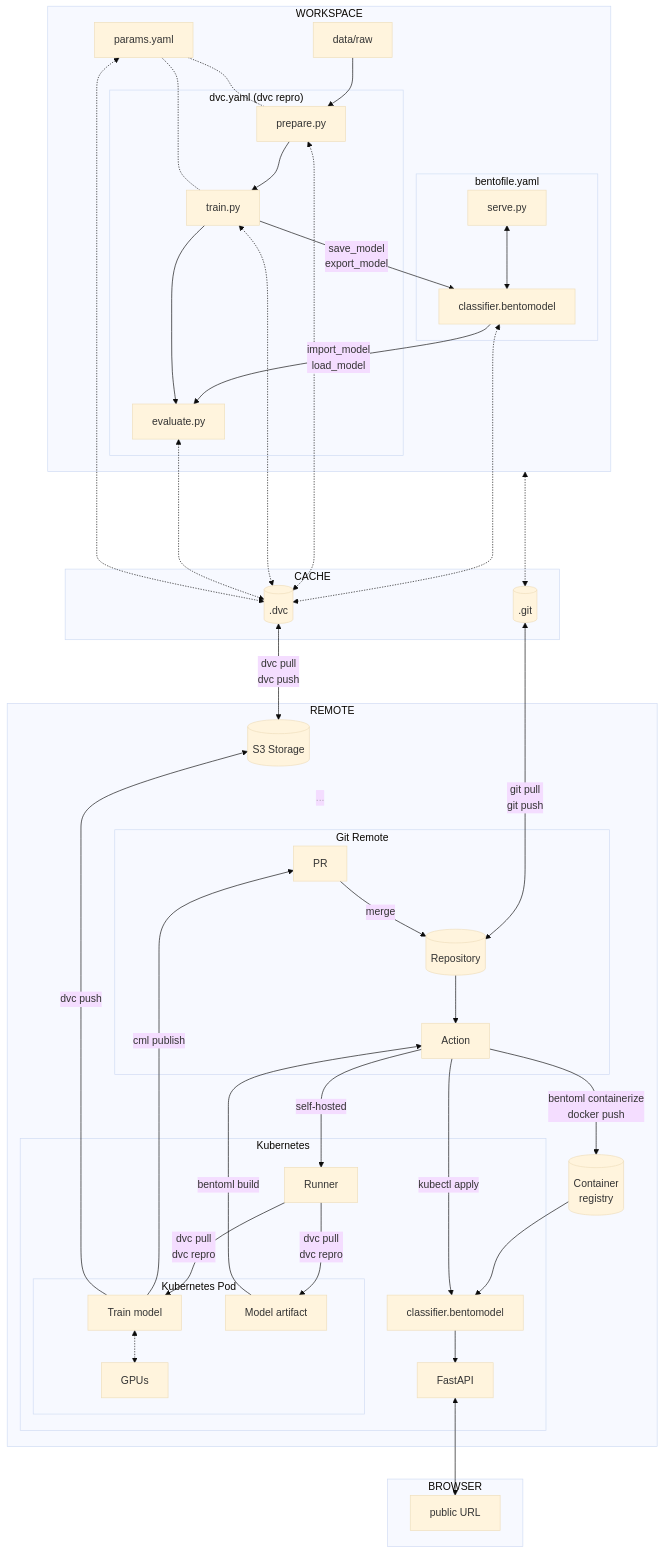
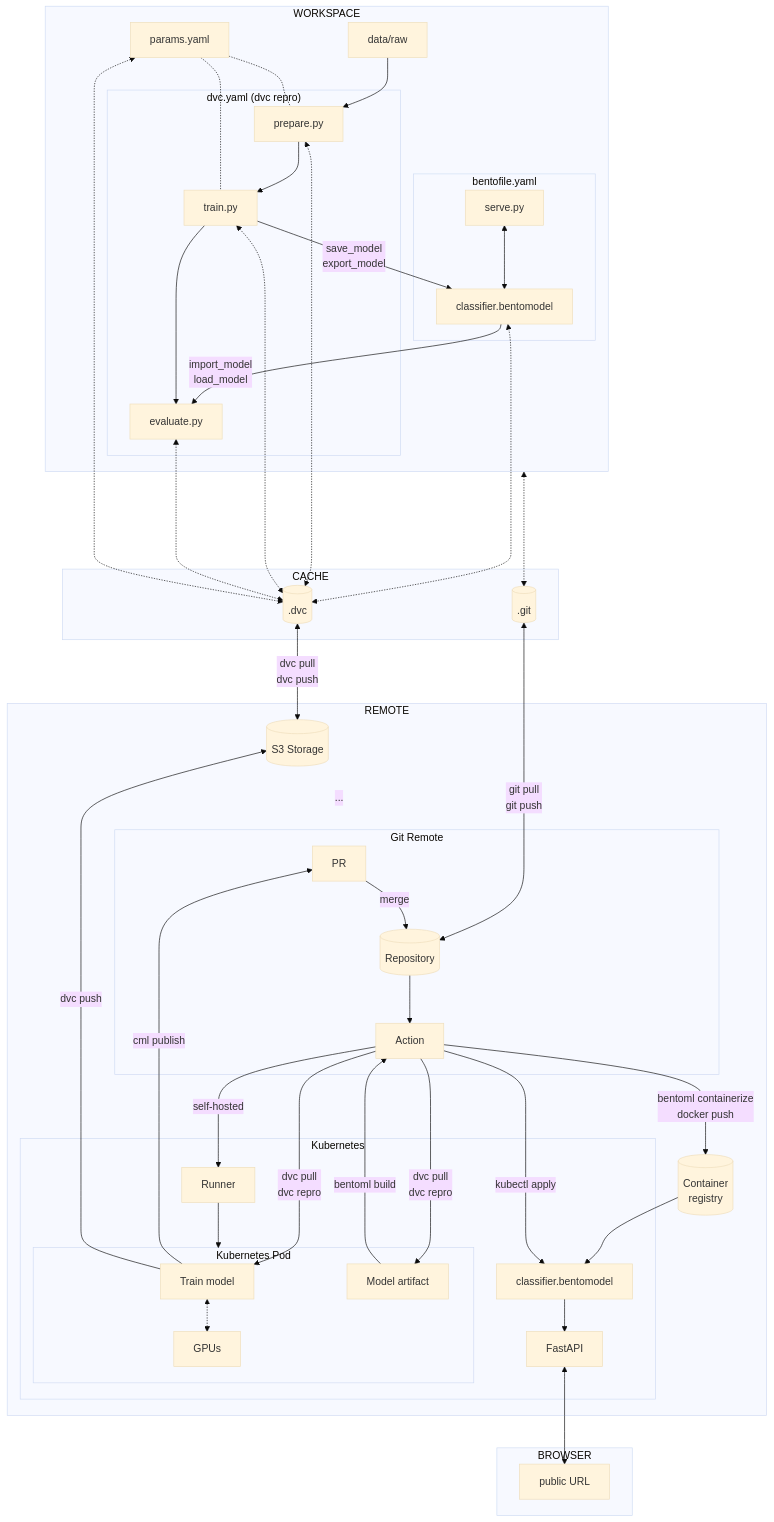
One commit to swiss-ai-center/a-guide-to-mlops changed the diagram in docs/part-3-serve-and-deploy-the-model/conclusion.md. Above: the diagram before and after it, drawn with Mermaid (base theme). The commit also changed other lines of this file and 1 other file, not shown here.

Commit message:
Udpate mermaid graphs

````diff
--- a/docs/part-3-serve-and-deploy-the-model/conclusion.md
+++ b/docs/part-3-serve-and-deploy-the-model/conclusion.md
@@ -17,72 +18,74 @@
 ```mermaid
-graph TB
+flowchart TB
     dot_dvc[(.dvc)] <-->|dvc pull
                          dvc push| s3_storage[(S3 Storage)]
     dot_git[(.git)] <-->|git pull
                          git push| repository[(Repository)]
     workspaceGraph <-....-> dot_git
     data[data/raw]
 
     subgraph cacheGraph[CACHE]
         dot_dvc
         dot_git
     end
 
     subgraph workspaceGraph[WORKSPACE]
         bento_model[classifier.bentomodel] <-.-> dot_dvc
         prepare[prepare.py] <-.-> dot_dvc
         train[train.py] <-.-> dot_dvc
         evaluate[evaluate.py] <-.-> dot_dvc
         data --> prepare
         bento_model --> |import_model
                          load_model|evaluate
         train --> |save_model
                    export_model|bento_model
         subgraph dvcGraph["dvc.yaml (dvc repro)"]
             prepare --> train
             train --> evaluate
         end
         params[params.yaml] -.- prepare
         params -.- train
         params <-.-> dot_dvc
         subgraph bentoGraph[bentofile.yaml]
             bento_model
             serve[serve.py] <--> bento_model
         end
     end
 
     subgraph remoteGraph[REMOTE]
         s3_storage
         subgraph gitGraph[Git Remote]
             repository[(Repository)] --> action[Action]
             request[PR] --> |merge|repository
         end
         action --> |bentoml containerize
                     docker push|registry
         s3_storage -.- |...|request
         subgraph clusterGraph[Kubernetes]
             subgraph clusterPodGraph[Kubernetes Pod]
                 pod_train[Train model] <-.-> k8s_gpu[GPUs]
                 bento_artifact[Model artifact]
             end
-            pod_runner --> |dvc pull
-                            dvc repro|bento_artifact
-            pod_runner[Runner] -->|dvc pull
-                                   dvc repro| pod_train
+            pod_runner[Runner] --> clusterPodGraph
+            action --> |dvc pull
+                        dvc repro|bento_artifact
+            action -->|dvc pull
+                       dvc repro| pod_train
             bento_service_cluster[classifier.bentomodel] --> k8s_fastapi[FastAPI]
         end
         bento_artifact -->|bentoml build|action
         action --> |self-hosted|pod_runner
         pod_train -->|cml publish| request
         pod_train -->|dvc push| s3_storage
 
         registry[(Container
                   registry)] --> bento_service_cluster
         action --> |kubectl apply|bento_service_cluster
     end
 
     subgraph browserGraph[BROWSER]
         k8s_fastapi <--> publicURL["public URL"]
     end
-    linkStyle 19 opacity:0.0,color:#7f7f7f80
+
+    linkStyle 19 opacity:0.0
 ```
````
